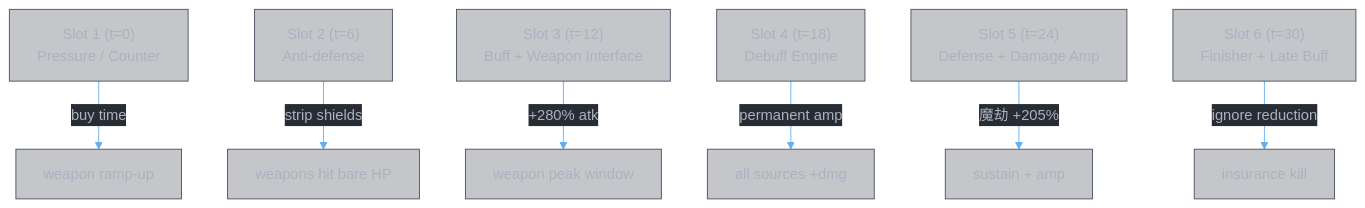
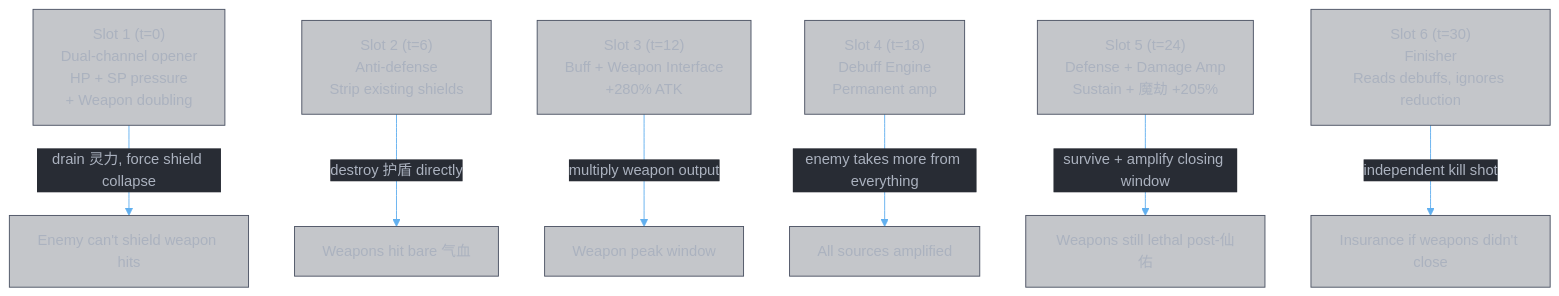
The third of 16 diagrams in data/books/剑九.md (zhifengzhang-sz/divine-book), drawn with Mermaid before and after one commit. The commit also changed other lines of this file, not shown here.

````diff
--- a/data/books/剑九.md
+++ b/data/books/剑九.md
@@ -200,10 +307,10 @@
 ```mermaid
 %%{init: {'theme': 'base', 'themeVariables': {'primaryColor': '#3e44514D', 'primaryTextColor': '#abb2bf', 'primaryBorderColor': '#4b5263', 'lineColor': '#61afef', 'secondaryColor': '#2c313a4D', 'secondaryTextColor': '#abb2bf', 'secondaryBorderColor': '#4b5263', 'tertiaryColor': '#282c344D', 'mainBkg': '#3e44514D', 'nodeBorder': '#4b5263', 'clusterBkg': '#2c313a4D', 'clusterBorder': '#4b5263', 'titleColor': '#e5c07b', 'edgeLabelBackground': '#282c34', 'textColor': '#abb2bf', 'background': '#282c34'}}}%%
 flowchart TB
-    S1["Slot 1 (t=0)<br/>Pressure / Counter"] -->|"buy time"| D1["weapon ramp-up"]
-    S2["Slot 2 (t=6)<br/>Anti-defense"] -->|"strip shields"| D2["weapons hit bare HP"]
-    S3["Slot 3 (t=12)<br/>Buff + Weapon Interface"] -->|"+280% atk"| D3["weapon peak window"]
-    S4["Slot 4 (t=18)<br/>Debuff Engine"] -->|"permanent amp"| D4["all sources +dmg"]
-    S5["Slot 5 (t=24)<br/>Defense + Damage Amp"] -->|"魔劫 +205%"| D5["sustain + amp"]
-    S6["Slot 6 (t=30)<br/>Finisher + Late Buff"] -->|"ignore reduction"| D6["insurance kill"]
+    S1["Slot 1 (t=0)<br/>Dual-channel opener<br/>HP + SP pressure<br/>+ Weapon doubling"] -->|"drain 灵力, force shield collapse"| D1["Enemy can't shield weapon hits"]
+    S2["Slot 2 (t=6)<br/>Anti-defense<br/>Strip existing shields"] -->|"destroy 护盾 directly"| D2["Weapons hit bare 气血"]
+    S3["Slot 3 (t=12)<br/>Buff + Weapon Interface<br/>+280% ATK"] -->|"multiply weapon output"| D3["Weapon peak window"]
+    S4["Slot 4 (t=18)<br/>Debuff Engine<br/>Permanent amp"] -->|"enemy takes more from everything"| D4["All sources amplified"]
+    S5["Slot 5 (t=24)<br/>Defense + Damage Amp<br/>Sustain + 魔劫 +205%"] -->|"survive + amplify closing window"| D5["Weapons still lethal post-仙佑"]
+    S6["Slot 6 (t=30)<br/>Finisher<br/>Reads debuffs, ignores reduction"] -->|"independent kill shot"| D6["Insurance if weapons didn't close"]
 ```
````
